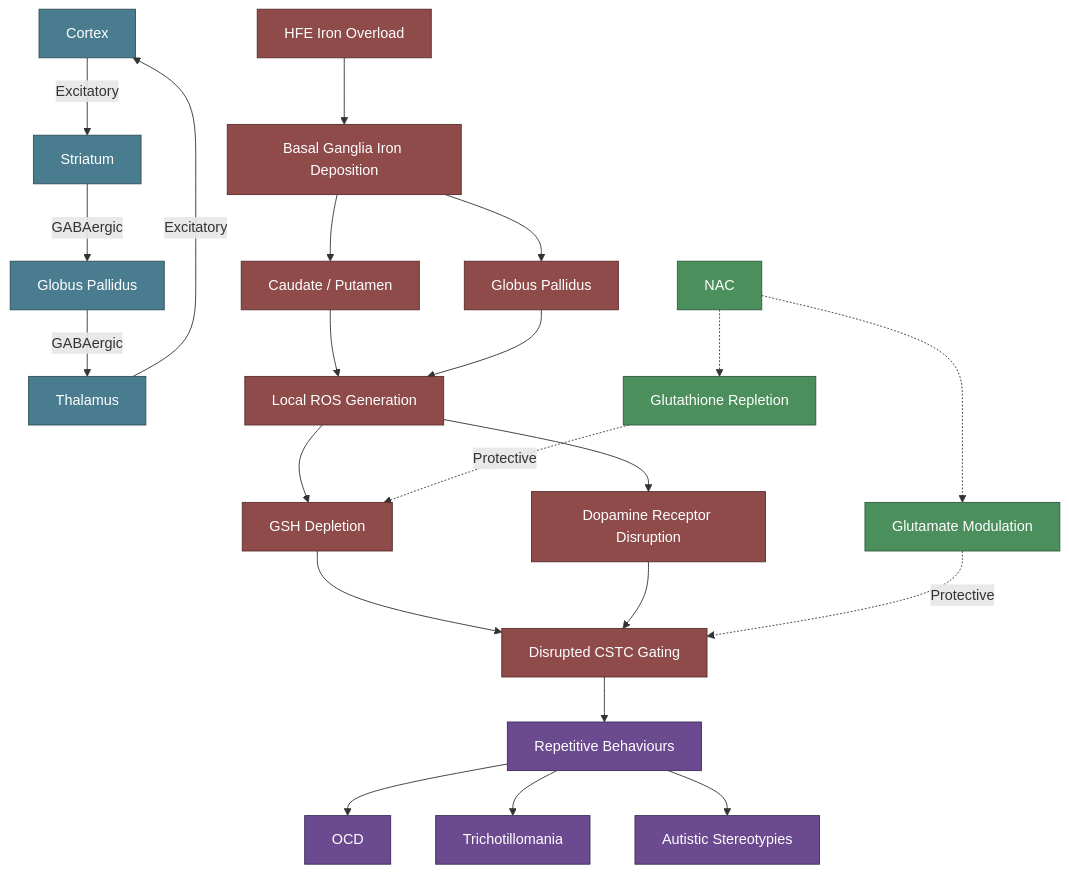
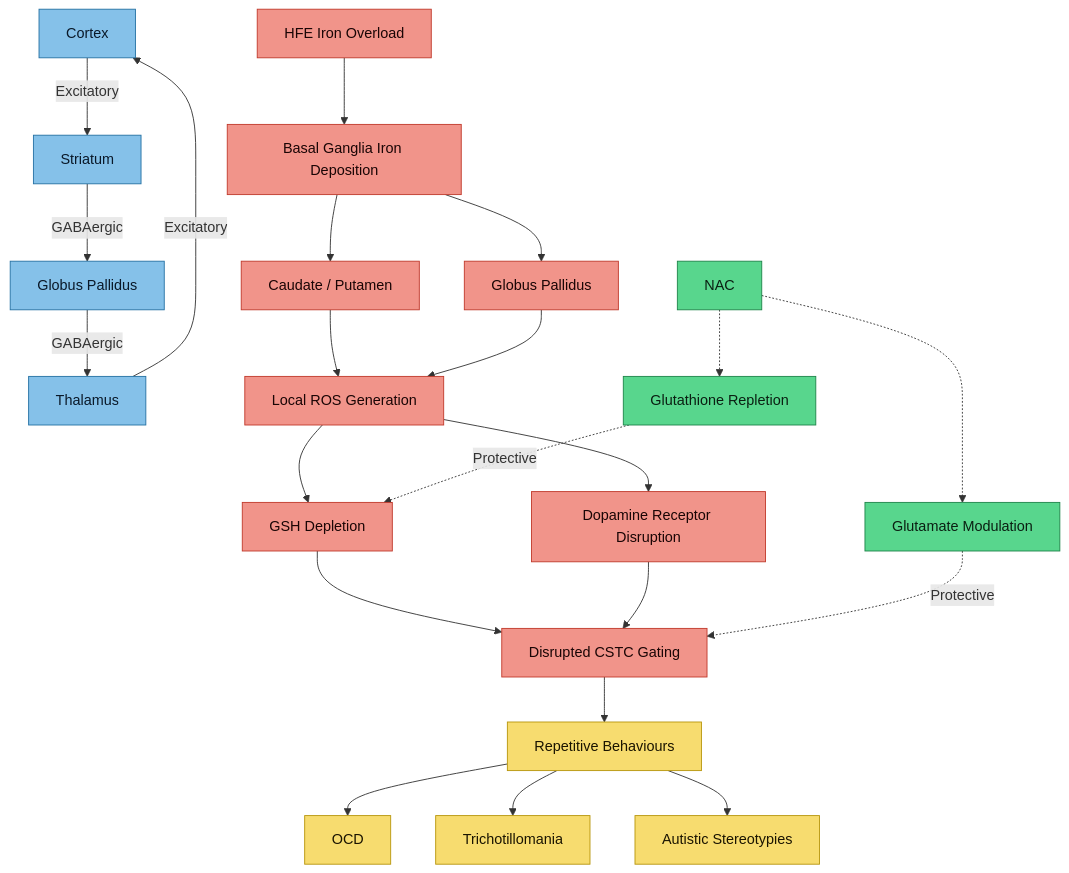
Before and after one commit to Aegis-commits/ag-hfe-adhd-asd-research: the diagram in research/Iron and OCD-Spectrum Repetitive Behaviours.md, drawn with Mermaid. The commit also changed 39 other files, not shown here.

First line of the commit message:
docs(vault): standardise diagram colours for light-mode readability, add MOC quick nav

````diff
--- a/research/Iron and OCD-Spectrum Repetitive Behaviours.md
+++ b/research/Iron and OCD-Spectrum Repetitive Behaviours.md
@@ -31,38 +31,38 @@
 ```mermaid
 flowchart TD
     A[Cortex] -->|Excitatory| B[Striatum]
     B -->|GABAergic| C[Globus Pallidus]
     C -->|GABAergic| D[Thalamus]
     D -->|Excitatory| A
 
     E[HFE Iron Overload] --> F[Basal Ganglia Iron Deposition]
     F --> G[Caudate / Putamen]
     F --> H[Globus Pallidus]
 
     G --> I[Local ROS Generation]
     H --> I
     I --> J[GSH Depletion]
     I --> K[Dopamine Receptor Disruption]
     J --> L[Disrupted CSTC Gating]
     K --> L
 
     L --> M[Repetitive Behaviours]
     M --> N[OCD]
     M --> O[Trichotillomania]
     M --> P[Autistic Stereotypies]
 
     Q[NAC] -.-> R[Glutathione Repletion]
     Q -.-> S[Glutamate Modulation]
     R -.->|Protective| J
     S -.->|Protective| L
 
-    classDef circuit fill:#4a7c8f,stroke:#2d4f5c,color:#fff
-    classDef damage fill:#8f4a4a,stroke:#5c2d2d,color:#fff
-    classDef outcome fill:#6b4a8f,stroke:#3f2d5c,color:#fff
-    classDef protect fill:#4a8f5c,stroke:#2d5c3f,color:#fff
+    classDef circuit fill:#85c1e9,stroke:#2471a3,color:#0a1929
+    classDef damage fill:#f1948a,stroke:#c0392b,color:#1a0505
+    classDef outcome fill:#f7dc6f,stroke:#b7950b,color:#1a1400
+    classDef protect fill:#58d68d,stroke:#1e8449,color:#0a1f12
 
     class A,B,C,D circuit
     class E,F,G,H,I,J,K,L damage
     class M,N,O,P outcome
     class Q,R,S protect
 ```
````
